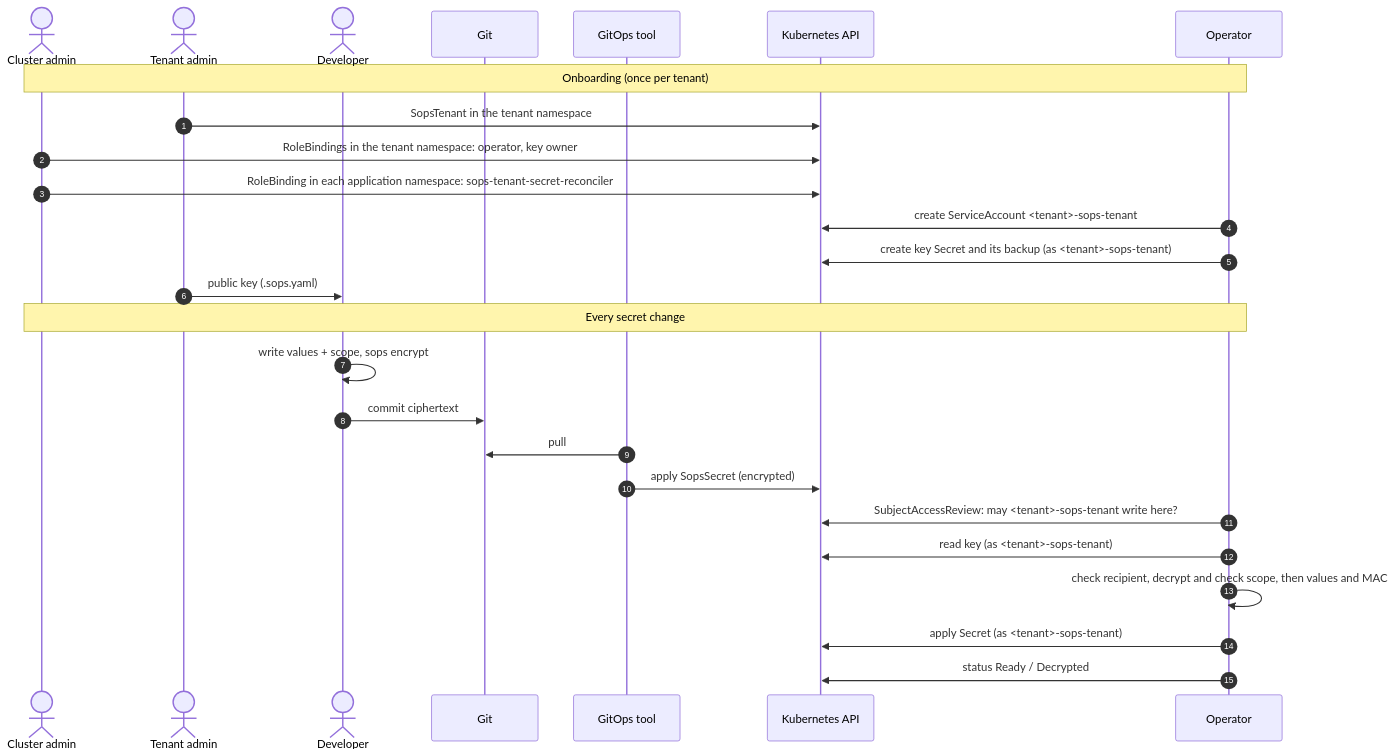
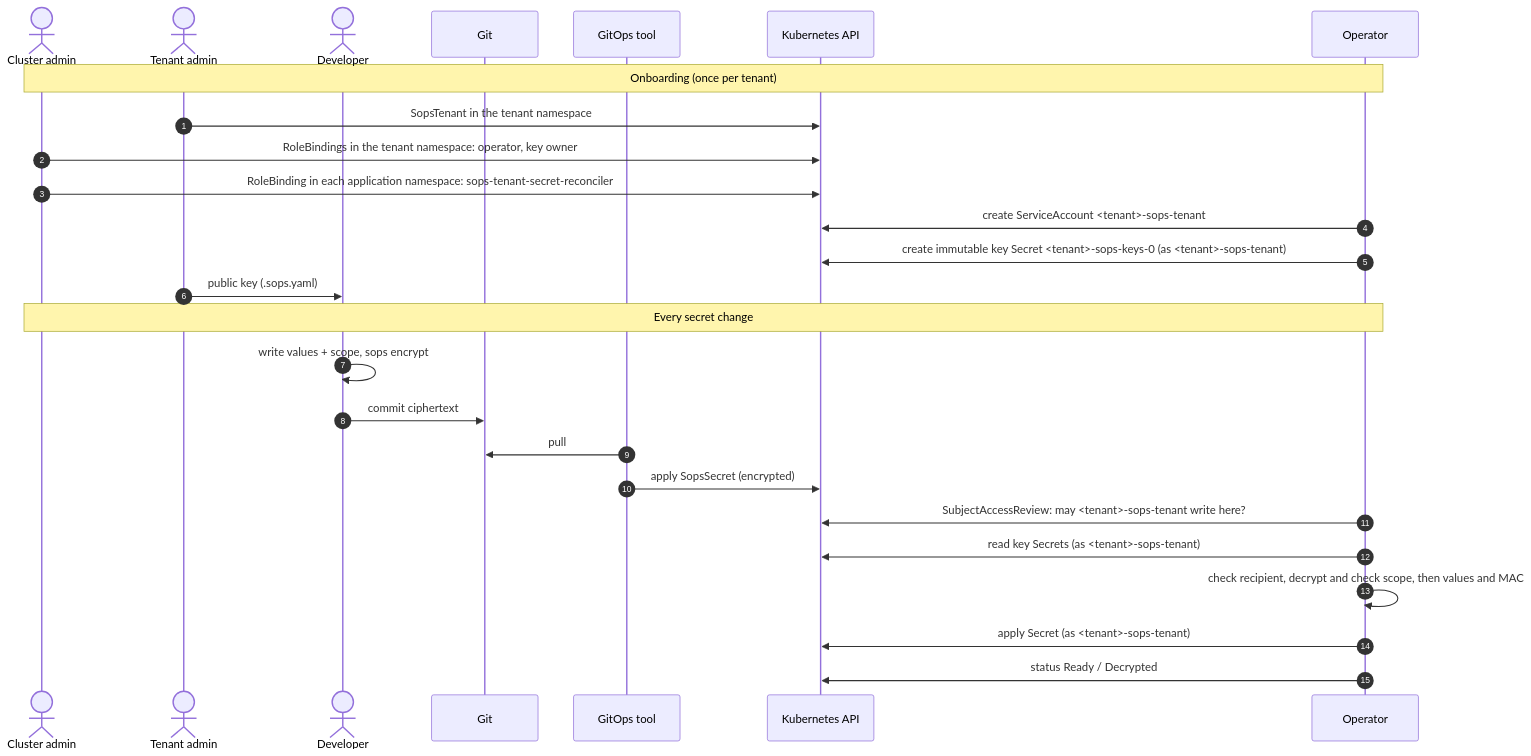
One commit to stakater/sops-operator changed the second of 3 diagrams in DESIGN.md. Above: the diagram before and after it, drawn with Mermaid. The commit also changed other lines of this file and 5 other files, not shown here.

Commit message:
Document indexed immutable key Secrets; drop key backups from the docs

````diff
--- a/DESIGN.md
+++ b/DESIGN.md
@@ -184,30 +184,30 @@
 ```mermaid
 sequenceDiagram
     autonumber
     actor CA as Cluster admin
     actor TA as Tenant admin
     actor DEV as Developer
     participant GIT as Git
     participant GO as GitOps tool
     participant API as Kubernetes API
     participant OP as Operator
 
     Note over CA,OP: Onboarding (once per tenant)
     TA->>API: SopsTenant in the tenant namespace
     CA->>API: RoleBindings in the tenant namespace: operator, key owner
     CA->>API: RoleBinding in each application namespace: sops-tenant-secret-reconciler
     OP->>API: create ServiceAccount #lt;tenant#gt;-sops-tenant
-    OP->>API: create key Secret and its backup (as #lt;tenant#gt;-sops-tenant)
+    OP->>API: create immutable key Secret #lt;tenant#gt;-sops-keys-0 (as #lt;tenant#gt;-sops-tenant)
     TA->>DEV: public key (.sops.yaml)
 
     Note over CA,OP: Every secret change
     DEV->>DEV: write values + scope, sops encrypt
     DEV->>GIT: commit ciphertext
     GO->>GIT: pull
     GO->>API: apply SopsSecret (encrypted)
     OP->>API: SubjectAccessReview: may #lt;tenant#gt;-sops-tenant write here?
-    OP->>API: read key (as #lt;tenant#gt;-sops-tenant)
+    OP->>API: read key Secrets (as #lt;tenant#gt;-sops-tenant)
     OP->>OP: check recipient, decrypt and check scope, then values and MAC
     OP->>API: apply Secret (as #lt;tenant#gt;-sops-tenant)
     OP->>API: status Ready / Decrypted
 ```
````
